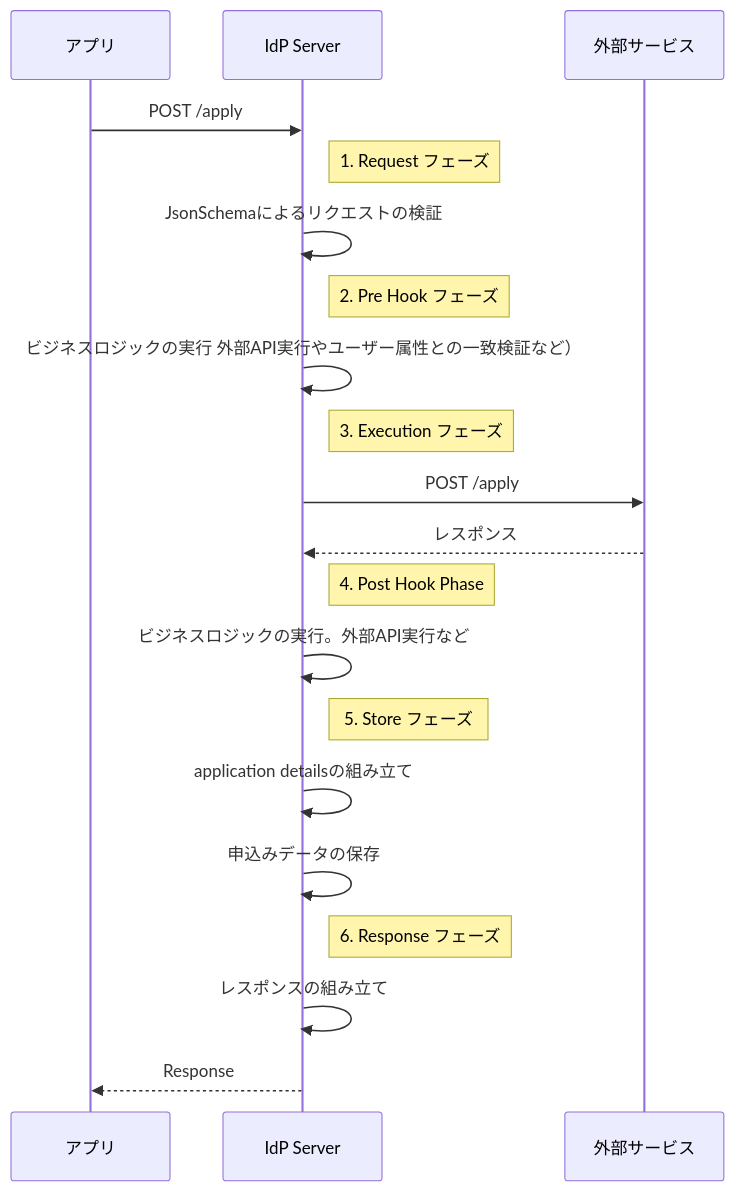
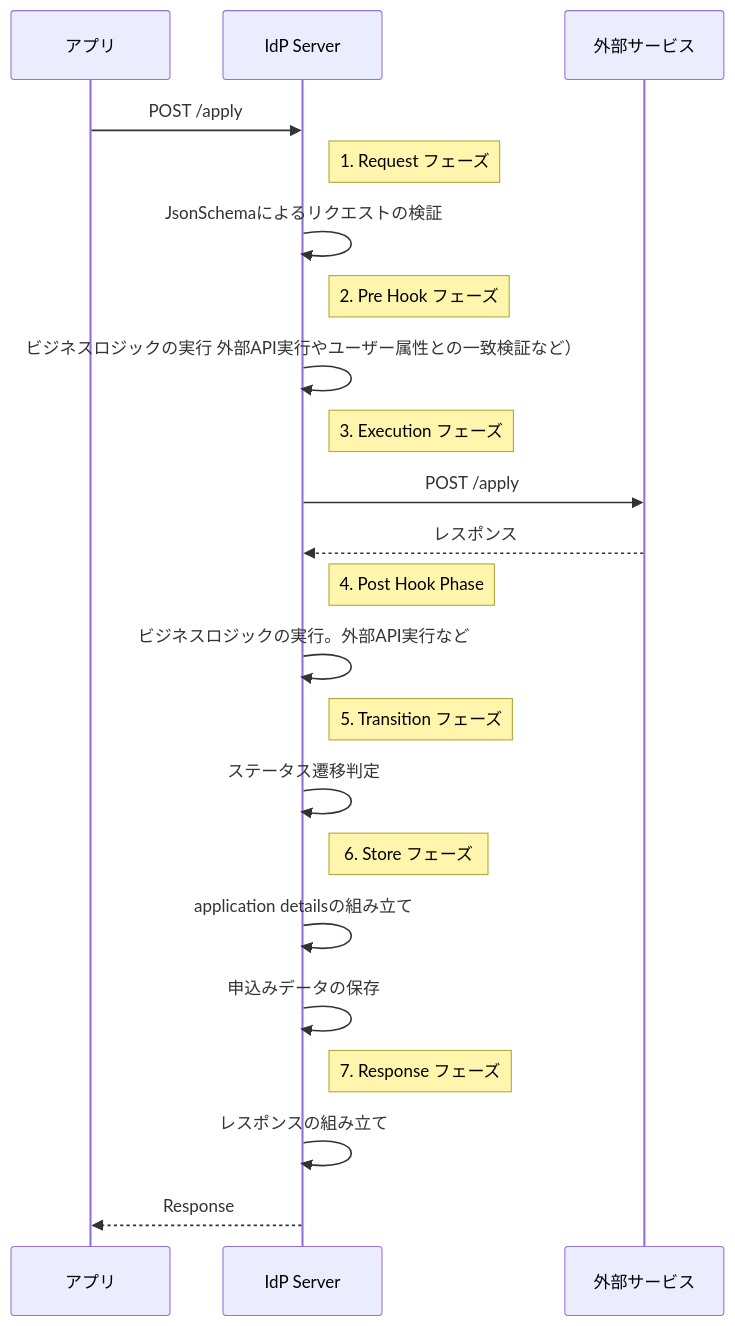
Before and after one commit to hirokazu-kobayashi-koba-hiro/idp-server: the second of 3 diagrams in documentation/i18n/ja/docusaurus-plugin-content-docs/current/identity-verification-application.md, drawn with Mermaid. The commit also changed other lines of this file and 19 other files, not shown here.

````diff
--- a/documentation/i18n/ja/docusaurus-plugin-content-docs/current/identity-verification-application.md
+++ b/documentation/i18n/ja/docusaurus-plugin-content-docs/current/identity-verification-application.md
@@ -104,22 +159,32 @@
 ```mermaid
 sequenceDiagram
     participant App as アプリ
     participant IdP as IdP Server
     participant External as 外部サービス
+    
     App ->> IdP: POST /apply
+    
     Note right of IdP: 1. Request フェーズ
     IdP ->> IdP: JsonSchemaによるリクエストの検証
+    
     Note right of IdP: 2. Pre Hook フェーズ
     IdP ->> IdP: ビジネスロジックの実行 外部API実行やユーザー属性との一致検証など）
+    
     Note right of IdP: 3. Execution フェーズ
     IdP ->> External: POST /apply
     External -->> IdP: レスポンス
+    
     Note right of IdP: 4. Post Hook Phase
     IdP ->> IdP: ビジネスロジックの実行。外部API実行など
-    Note right of IdP: 5. Store フェーズ
+
+  Note right of IdP: 5. Transition フェーズ
+  IdP ->> IdP: ステータス遷移判定
+    
+    Note right of IdP: 6. Store フェーズ
     IdP ->> IdP: application detailsの組み立て
     IdP ->> IdP: 申込みデータの保存
-    Note right of IdP: 6. Response フェーズ
+    
+    Note right of IdP: 7. Response フェーズ
     IdP ->> IdP: レスポンスの組み立て
     IdP -->> App: Response
 ```
````
